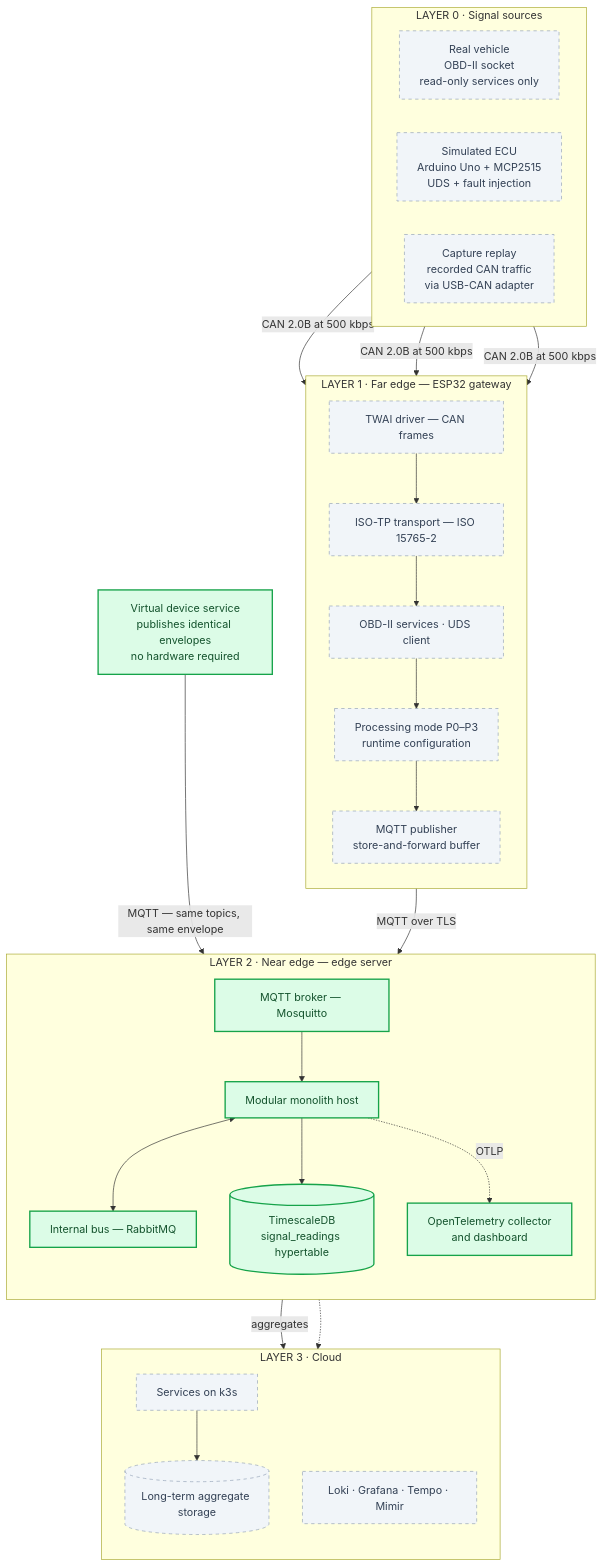
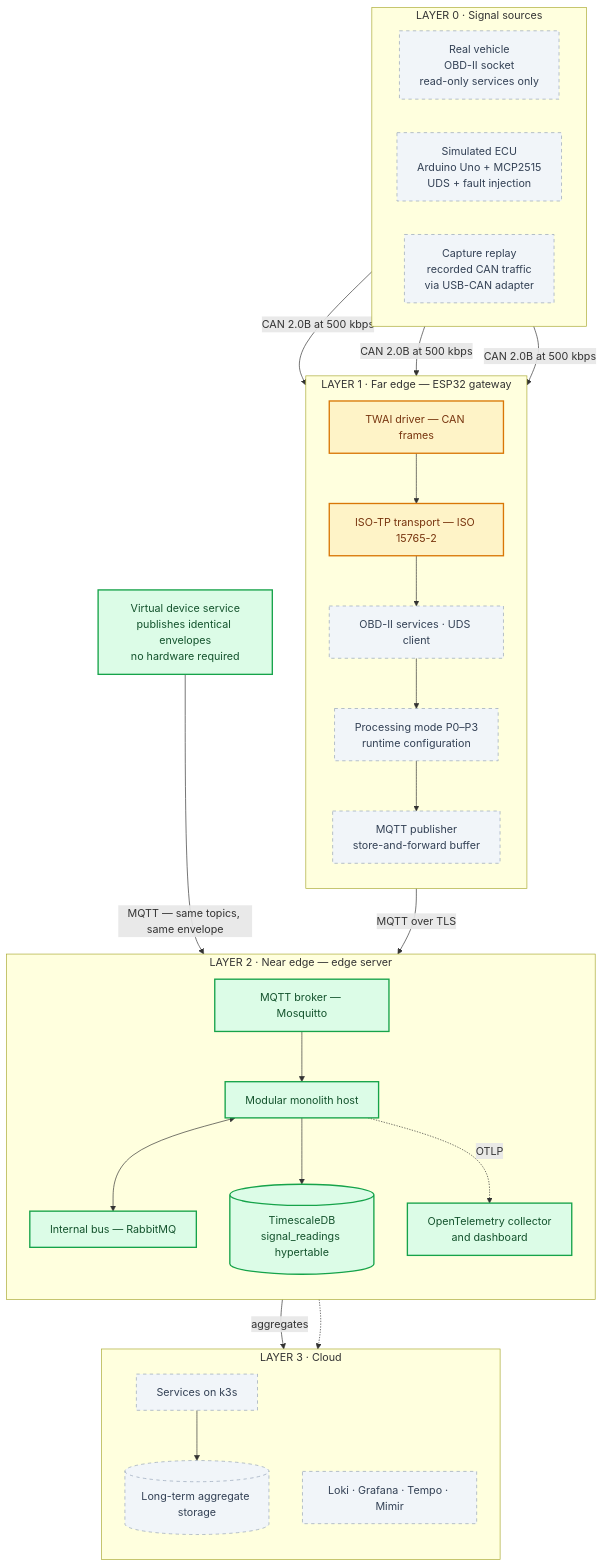
The first of 6 diagrams in docs/diagrams/system-architecture.md (AsterixMitic/vehicle_diagnostics), drawn with Mermaid before and after one commit. The commit also changed other lines of this file and 2 other files, not shown here.

First line of the commit message:
docs: add hardware wiring and backend detail diagrams

````diff
--- a/docs/diagrams/system-architecture.md
+++ b/docs/diagrams/system-architecture.md
@@ -15,58 +19,60 @@
 ```mermaid
 flowchart TB
     subgraph L0["LAYER 0 · Signal sources"]
         direction LR
         CAR["Real vehicle<br/>OBD-II socket<br/>read-only services only"]
         SIM["Simulated ECU<br/>Arduino Uno + MCP2515<br/>UDS + fault injection"]
         REP["Capture replay<br/>recorded CAN traffic<br/>via USB-CAN adapter"]
     end
 
     subgraph L1["LAYER 1 · Far edge — ESP32 gateway"]
         direction TB
         HAL["TWAI driver — CAN frames"]
         TP["ISO-TP transport — ISO 15765-2"]
         DG["OBD-II services · UDS client"]
         PR["Processing mode P0–P3<br/>runtime configuration"]
         NET["MQTT publisher<br/>store-and-forward buffer"]
         HAL --> TP
         TP --> DG
         DG --> PR
         PR --> NET
     end
 
     VD["Virtual device service<br/>publishes identical envelopes<br/>no hardware required"]
 
     subgraph L2["LAYER 2 · Near edge — edge server"]
         direction TB
         MQ["MQTT broker — Mosquitto"]
         API["Modular monolith host"]
         BUS["Internal bus — RabbitMQ"]
         TS[("TimescaleDB<br/>signal_readings hypertable")]
         OTEL["OpenTelemetry collector<br/>and dashboard"]
     end
 
     subgraph L3["LAYER 3 · Cloud"]
         direction TB
         K8S["Services on k3s"]
         LGTM["Loki · Grafana · Tempo · Mimir"]
         LONG[("Long-term aggregate storage")]
     end
 
     CAR -->|"CAN 2.0B at 500 kbps"| HAL
     SIM -->|"CAN 2.0B at 500 kbps"| HAL
     REP -->|"CAN 2.0B at 500 kbps"| HAL
     NET -->|"MQTT over TLS"| MQ
     VD -->|"MQTT — same topics, same envelope"| MQ
     MQ --> API
     API <--> BUS
     API --> TS
     API -.->|"OTLP"| OTEL
     API -->|"aggregates"| K8S
     OTEL -.-> LGTM
     K8S --> LONG
 
     classDef built fill:#dcfce7,stroke:#16a34a,stroke-width:2px,color:#14532d
+    classDef partial fill:#fef3c7,stroke:#d97706,stroke-width:2px,color:#78350f
     classDef planned fill:#f1f5f9,stroke:#94a3b8,stroke-dasharray:5 5,color:#334155
     class MQ,API,BUS,TS,OTEL,VD built
-    class CAR,SIM,REP,HAL,TP,DG,PR,NET,K8S,LGTM,LONG planned
+    class HAL,TP partial
+    class CAR,SIM,REP,DG,PR,NET,K8S,LGTM,LONG planned
 ```
````
